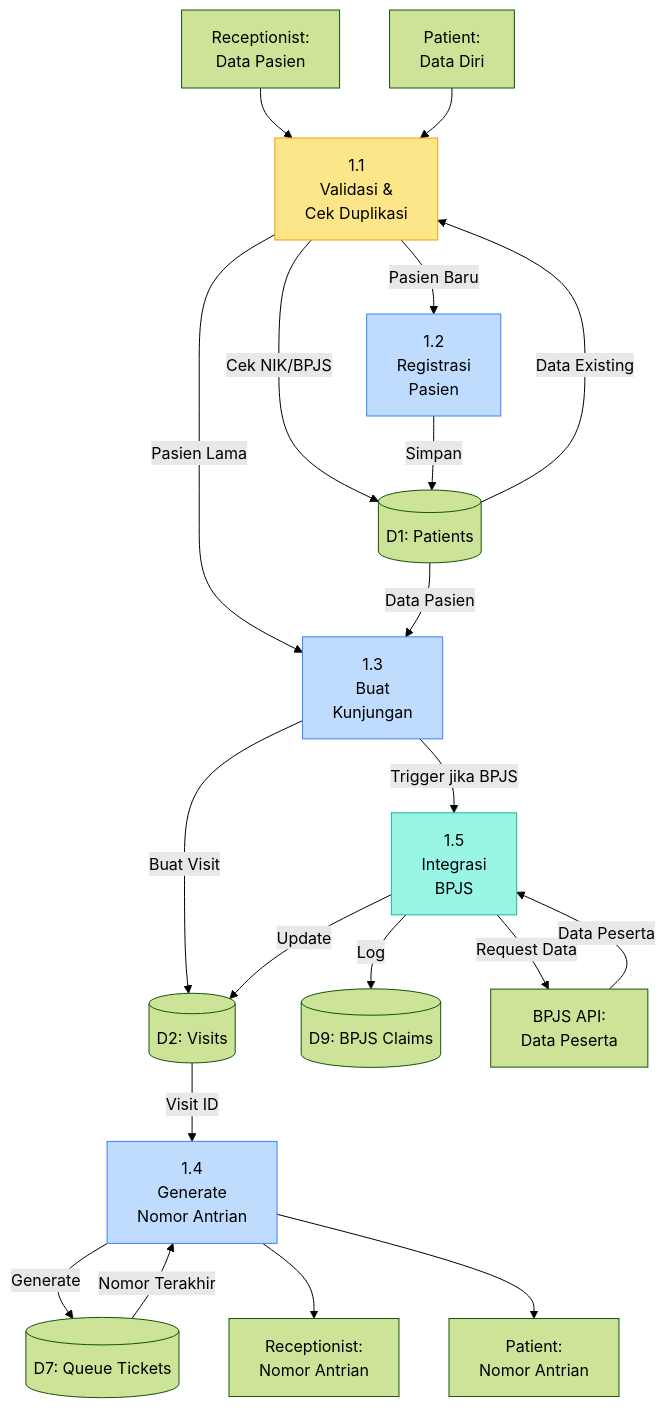
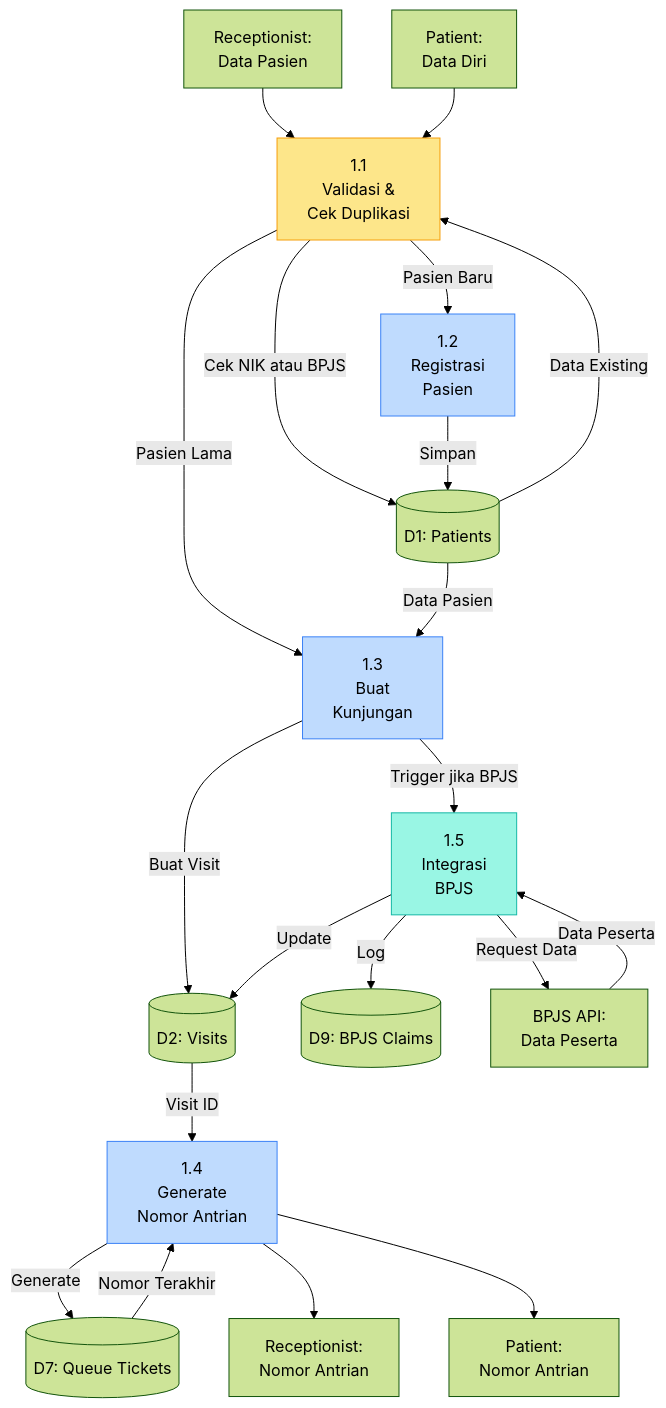
The third of 5 diagrams in docs/dfd.md (Haluluya/Simpus), drawn with Mermaid (forest theme) before and after one commit. The commit also changed other lines of this file, not shown here.

````diff
--- a/docs/dfd.md
+++ b/docs/dfd.md
@@ -234,57 +234,57 @@
 ```mermaid
 flowchart TB
     %% Inputs
     IN1[Receptionist:<br/>Data Pasien]
     IN2[Patient:<br/>Data Diri]
     
     %% Sub-processes
     P11[1.1<br/>Validasi &<br/>Cek Duplikasi]
     P12[1.2<br/>Registrasi<br/>Pasien]
     P13[1.3<br/>Buat<br/>Kunjungan]
     P14[1.4<br/>Generate<br/>Nomor Antrian]
     P15[1.5<br/>Integrasi<br/>BPJS]
     
     %% Data Stores
     DS1[(D1: Patients)]
     DS2[(D2: Visits)]
     DS7[(D7: Queue Tickets)]
     DS9[(D9: BPJS Claims)]
     
     %% Outputs
     OUT1[Receptionist:<br/>Nomor Antrian]
     OUT2[Patient:<br/>Nomor Antrian]
     BPJS[BPJS API:<br/>Data Peserta]
     
     %% Flow
     IN1 --> P11
     IN2 --> P11
-    P11 -->|Cek NIK/BPJS| DS1
+    P11 -->|Cek NIK atau BPJS| DS1
     DS1 -->|Data Existing| P11
     
     P11 -->|Pasien Baru| P12
     P11 -->|Pasien Lama| P13
     
     P12 -->|Simpan| DS1
     
     P13 -->|Buat Visit| DS2
     DS1 -->|Data Pasien| P13
     
     P13 -->|Trigger jika BPJS| P15
     P15 -->|Request Data| BPJS
     BPJS -->|Data Peserta| P15
     P15 -->|Update| DS2
     P15 -->|Log| DS9
     
     DS2 -->|Visit ID| P14
     P14 -->|Generate| DS7
     DS7 -->|Nomor Terakhir| P14
     
     P14 --> OUT1
     P14 --> OUT2
     
     style P11 fill:#fde68a,stroke:#f59e0b
     style P12 fill:#bfdbfe,stroke:#3b82f6
     style P13 fill:#bfdbfe,stroke:#3b82f6
     style P14 fill:#bfdbfe,stroke:#3b82f6
     style P15 fill:#99f6e4,stroke:#14b8a6
 ```
````
